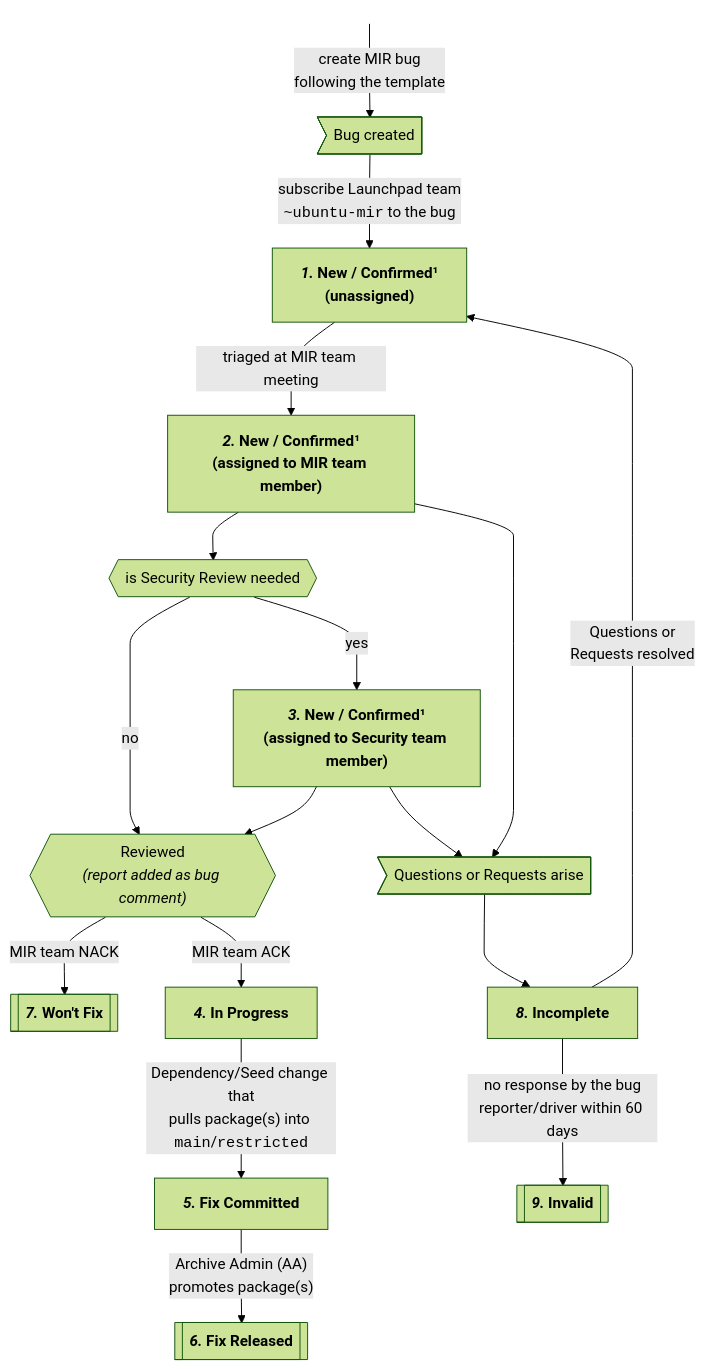
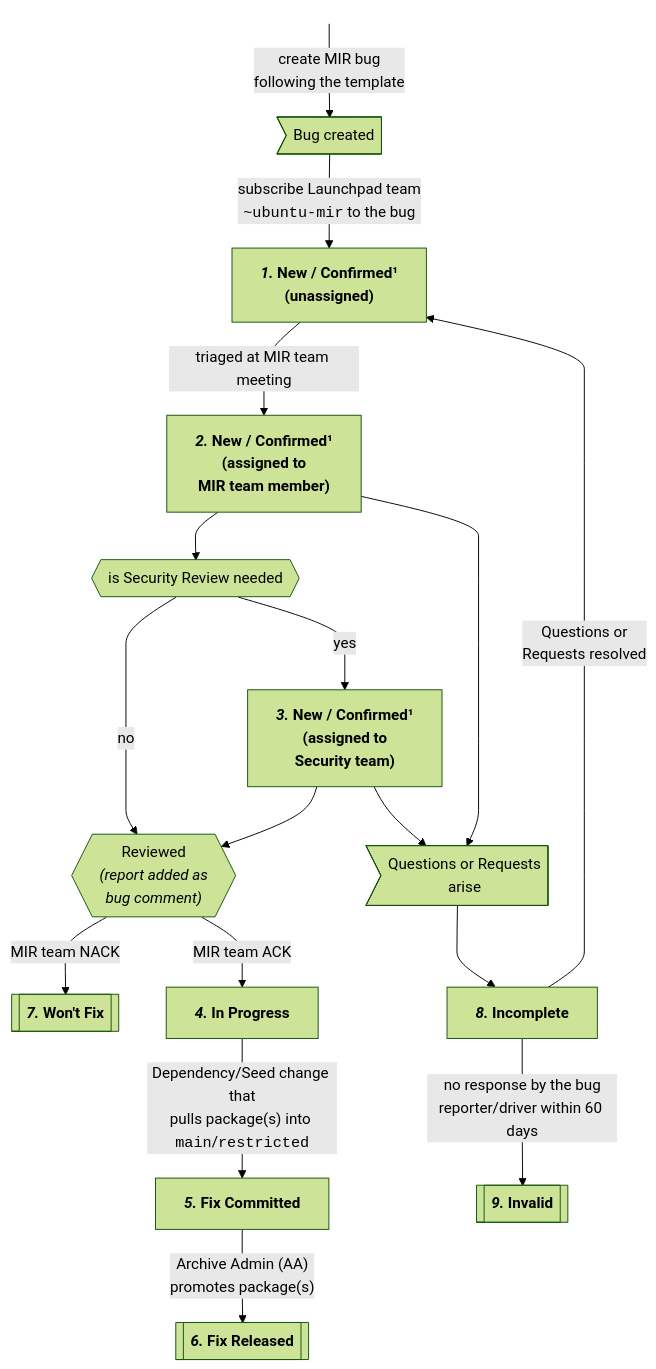
Before and after one commit to canonical/ubuntu-mir: the diagram in README.md, drawn with Mermaid (forest theme).

Commit message:
Fix visually broken flowchart (#67)
The issue seems to be the width of text of some boxes. I used html labels to have more control over the visual results. This has the result that the renderer (for some reason) does not auto-wrap the text if an element is too wide. Apparently the text of a box does not get displayed if it is too wide.

````diff
--- a/README.md
+++ b/README.md
@@ -20,46 +20,46 @@
 ```mermaid
 %% mermaid flowcharts documentation: https://mermaid.js.org/syntax/flowchart.html
-%%{ init: { 'flowchart': { 'curve': 'monotoneY', 'htmlLabels': true } } }%%
+%%{ init: { "flowchart": { "curve": "monotoneY", "htmlLabels": true } } }%%
 flowchart TD
     %% Styles
     classDef Invisible stroke-width:0,fill:#00000000 
 
     %% States
     Unassigned["<b><i>1.</i> New / Confirmed¹<br>(unassigned)</b>"]
-    AssignedToMirTeamMember["<b><i>2.</i> New / Confirmed¹<br>(assigned to MIR team member)</b>"]
-    AssignedToSecurityTeamMember["<b><i>3.</i> New / Confirmed¹<br>(assigned to Security team member)</b>"]
+    AssignedToMirTeamMember["<b><i>2.</i> New / Confirmed¹<br>(assigned to<br>MIR team member)</b>"]
+    AssignedToSecurityTeamMember["<b><i>3.</i> New / Confirmed¹<br>(assigned to<br>Security team)</b>"]
     WontFix[["<b><i>7.</i> Won't Fix</b>"]]
     InProgress["<b><i>4.</i> In Progress</b>"]
     FixCommitted["<b><i>5.</i> Fix Committed</b>"]
     FixReleased[["<b><i>6.</i> Fix Released</b>"]]
     Incomplete["<b><i>8.</i> Incomplete</b>"]
     Invalid[["<b><i>9.</i> Invalid</b>"]]
 
     %% Meta States
     Start((" ")):::Invisible
     BugCreated>"Bug created"]
     IsSecurityReviewNeeded{{"is Security Review needed"}}
-    Reviewed{{"Reviewed<br><i>(report added as bug comment)</i>"}}
-    QuestionsArise>"Questions or Requests arise"]
+    Reviewed{{"Reviewed<br><i>(report added as<br>bug comment)</i>"}}
+    QuestionsArise>"Questions or Requests<br>arise"]
     
     %% Transitions
     Start-->|"create MIR bug<br>following the template"| BugCreated
     BugCreated-->|"subscribe Launchpad team<br><code>~ubuntu-mir</code> to the bug"|Unassigned
 
     Unassigned -->|"triaged at MIR team meeting"| AssignedToMirTeamMember
     AssignedToMirTeamMember --> IsSecurityReviewNeeded -->|"yes"| AssignedToSecurityTeamMember
 
     IsSecurityReviewNeeded -->|"no"| Reviewed
     AssignedToSecurityTeamMember --> Reviewed
     Reviewed -->|"MIR team NACK"| WontFix
     Reviewed -->|"MIR team ACK"| InProgress
 
     InProgress -->|"Dependency/Seed change that<br>pulls package(s) into <code>main</code>/<code>restricted</code>"| FixCommitted
     FixCommitted -->|"Archive Admin (AA)</br>promotes package(s)"| FixReleased
 
     AssignedToSecurityTeamMember --> QuestionsArise
     AssignedToMirTeamMember --> QuestionsArise
     QuestionsArise --> Incomplete
     Incomplete -->|"Questions or<br>Requests resolved"| Unassigned
     Incomplete -->|"no response by the bug<br>reporter/driver within 60 days"| Invalid
 ```
````
